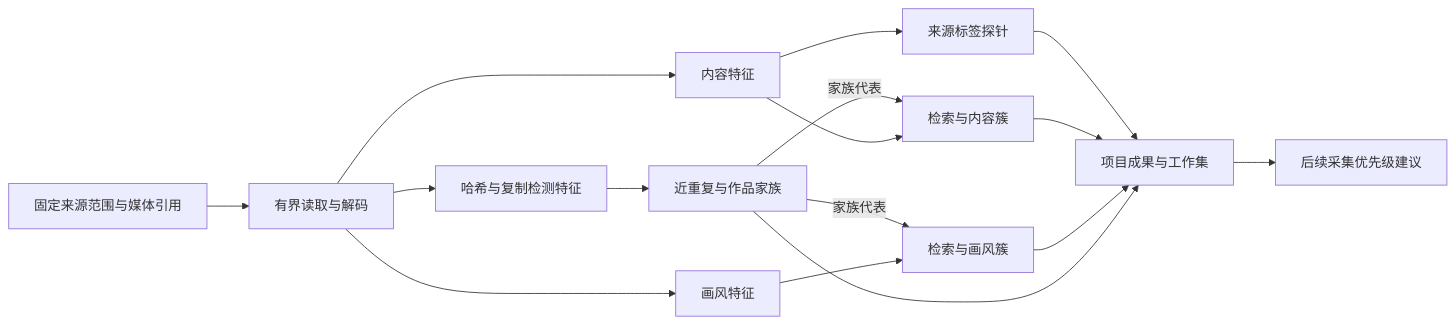
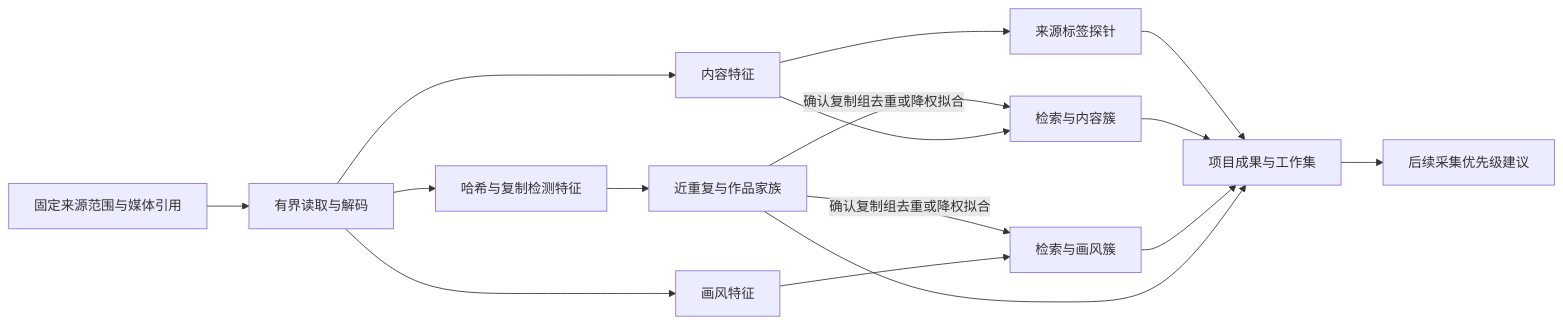
One commit to Xuness/Dataset_Studio changed the diagram in docs/plans/Data Lake Clustering Retrieval/README.md. Above: the diagram before and after it, drawn with Mermaid. The commit also changed other lines of this file and 2 other files, not shown here.

````diff
--- a/docs/plans/Data Lake Clustering Retrieval/README.md
+++ b/docs/plans/Data Lake Clustering Retrieval/README.md
@@ -81,18 +81,18 @@
 ```mermaid
 flowchart LR
     A[固定来源范围与媒体引用] --> B[有界读取与解码]
     B --> C[内容特征]
     B --> D[画风特征]
     B --> E[哈希与复制检测特征]
     E --> H[近重复与作品家族]
-    H -->|家族代表| F
-    H -->|家族代表| G
+    H -->|确认复制组去重或降权拟合| F
+    H -->|确认复制组去重或降权拟合| G
     C --> F[检索与内容簇]
     D --> G[检索与画风簇]
     C --> K[来源标签探针]
     K --> I
     F --> I[项目成果与工作集]
     G --> I
     H --> I
     I --> J[后续采集优先级建议]
 ```
````
